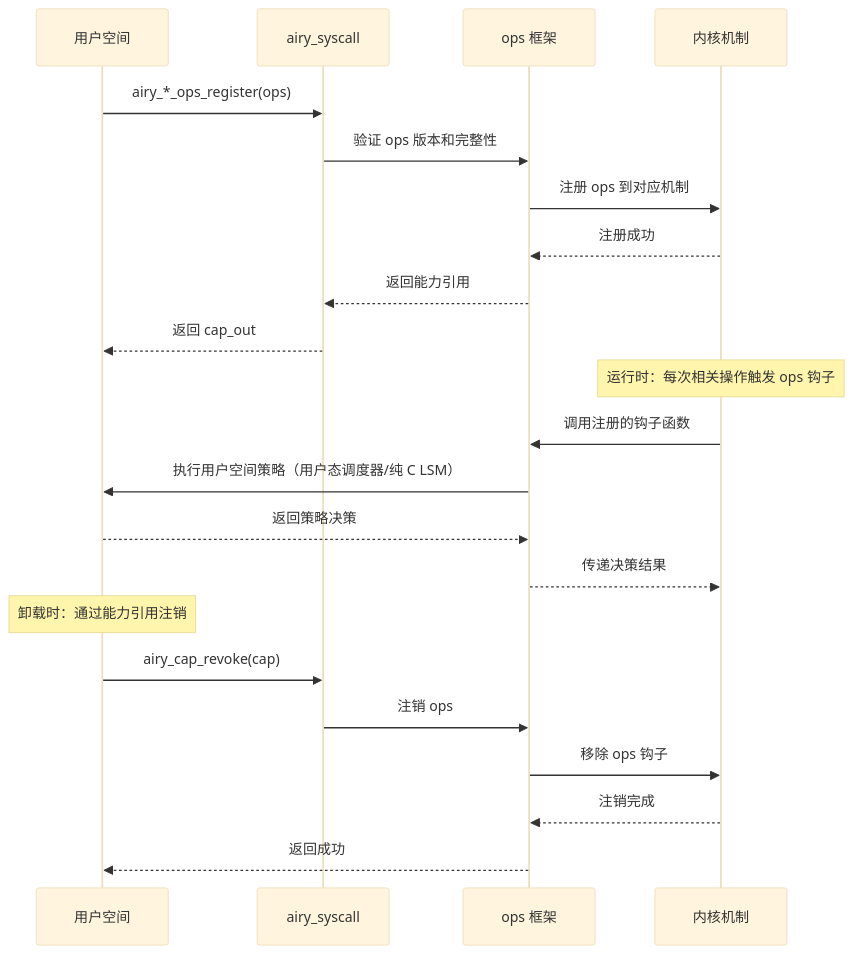
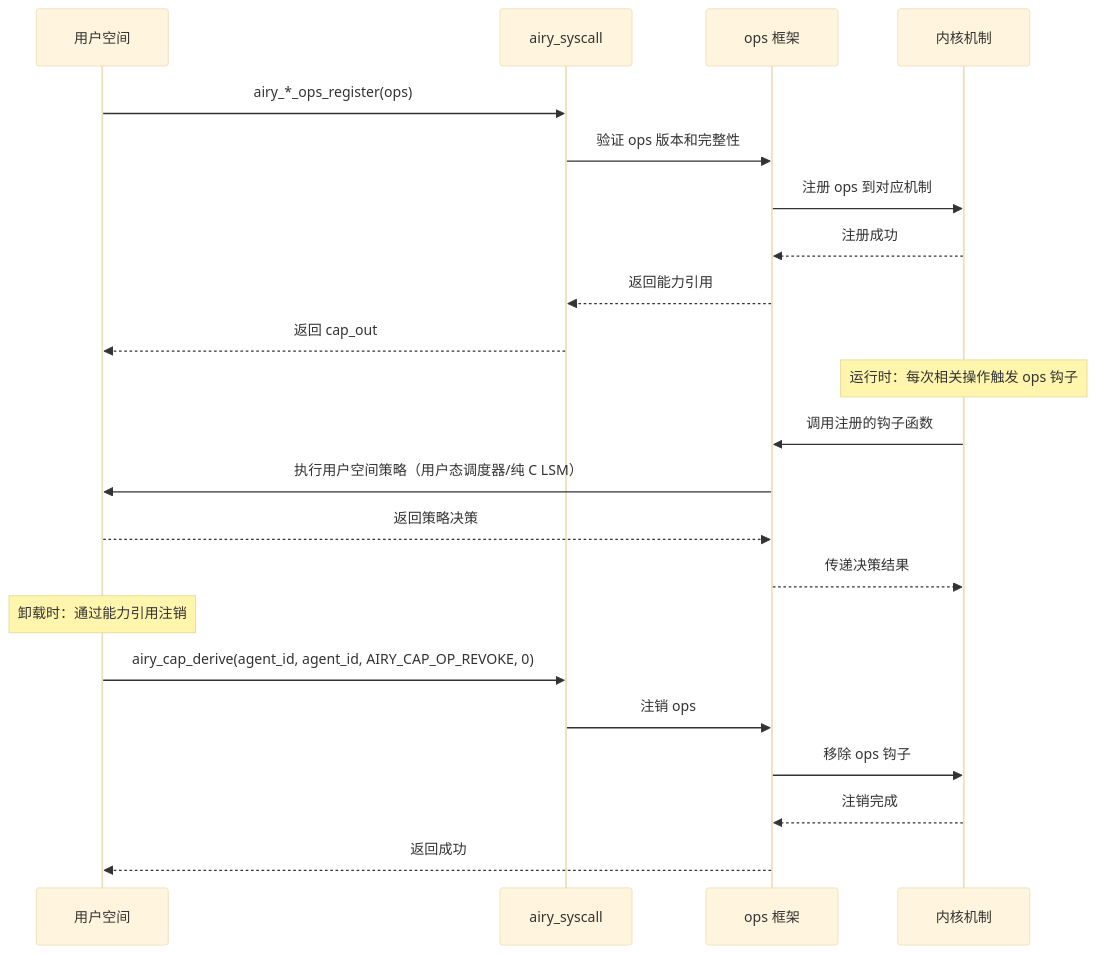
Before and after one commit to openairymax/docs: the second of 6 diagrams in AirymaxOS/50-engineering-standards/30-runtime-interfaces/runtime_interfaces.md, drawn with Mermaid (base theme). The commit also changed other lines of this file and 10 other files, not shown here.

````diff
--- a/AirymaxOS/50-engineering-standards/30-runtime-interfaces/runtime_interfaces.md
+++ b/AirymaxOS/50-engineering-standards/30-runtime-interfaces/runtime_interfaces.md
@@ -585,29 +585,29 @@
 ```mermaid
 sequenceDiagram
     participant US as 用户空间
     participant SYSCALL as airy_syscall
     participant OPS as ops 框架
     participant KERNEL as 内核机制
 
     US->>SYSCALL: airy_*_ops_register(ops)
     SYSCALL->>OPS: 验证 ops 版本和完整性
     OPS->>KERNEL: 注册 ops 到对应机制
     KERNEL-->>OPS: 注册成功
     OPS-->>SYSCALL: 返回能力引用
     SYSCALL-->>US: 返回 cap_out
 
     Note over KERNEL: 运行时：每次相关操作触发 ops 钩子
 
     KERNEL->>OPS: 调用注册的钩子函数
     OPS->>US: 执行用户空间策略（用户态调度器/纯 C LSM）
     US-->>OPS: 返回策略决策
     OPS-->>KERNEL: 传递决策结果
 
     Note over US: 卸载时：通过能力引用注销
 
-    US->>SYSCALL: airy_cap_revoke(cap)
+    US->>SYSCALL: airy_cap_derive(agent_id, agent_id, AIRY_CAP_OP_REVOKE, 0)
     SYSCALL->>OPS: 注销 ops
     OPS->>KERNEL: 移除 ops 钩子
     KERNEL-->>OPS: 注销完成
     OPS-->>US: 返回成功
 ```
````
